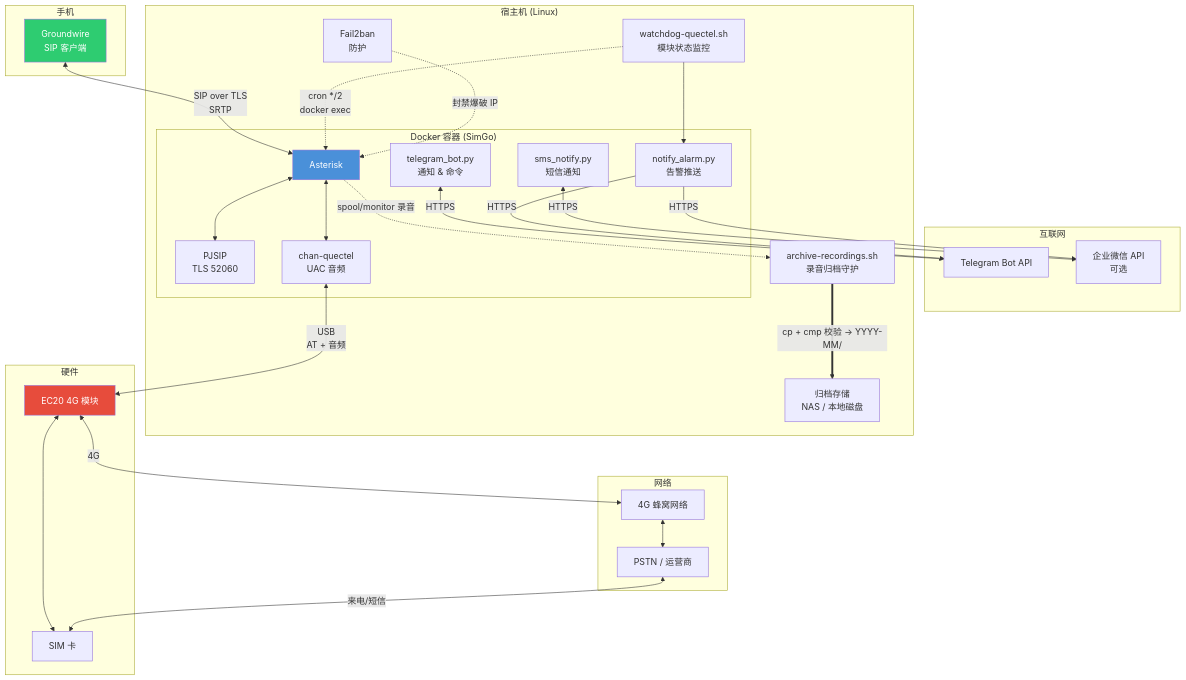
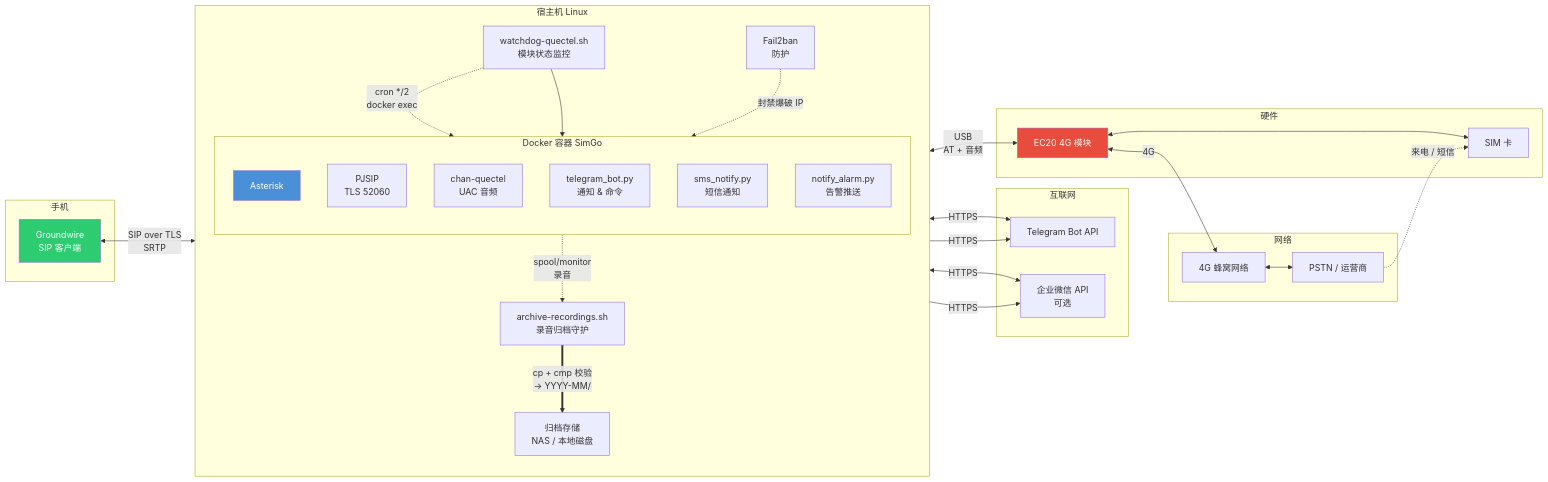
Before and after one commit to myleo1/SimGo: the diagram in README.md, drawn with Mermaid. The commit also changed other lines of this file and 1 other file, not shown here.

Commit message:
docs: refresh README architecture, watchdog rationale, structure, image tag
- Rework the Mermaid architecture diagram from graph TB to graph LR with
  per-cluster direction, cutting down crossed/overlapping edges (CN + EN)
- Watchdog "why" and FAQ: drop the "operators without 2G (China Unicom)"
  explanation for `GSM not registered`; attribute it to weak signal /
  re-camping fluctuation with brief GSM-domain unregistration, and advise
  improving antenna placement / coverage when it fires frequently (CN + EN)
- Project structure: remove the non-existent fail2ban/ tree (setup.sh writes
  straight into /etc/fail2ban); add start.sh, docs/PROMPT.md and
  docs/PROMPT-WATCHDOG.md, plus setup-generated certs/, duckdns-update.sh,
  and root docker-compose.yml (CN + EN)
- Bump pre-built image pull tag from 1.3 to 1.4.1 (CN + EN)

````diff
--- a/README.md
+++ b/README.md
@@ -55,58 +55,58 @@
 ```mermaid
-graph TB
-    subgraph "手机"
+graph LR
+    subgraph PHONE["手机"]
         GW[Groundwire<br/>SIP 客户端]
     end
 
-    subgraph "互联网"
+    subgraph WEB["互联网"]
         TG[Telegram Bot API]
         WX[企业微信 API<br/>可选]
     end
 
-    subgraph "宿主机 (Linux)"
-        subgraph "Docker 容器 (SimGo)"
+    subgraph HOST["宿主机 Linux"]
+        direction TB
+        subgraph CONT["Docker 容器 SimGo"]
+            direction TB
             AS[Asterisk]
             PS[PJSIP<br/>TLS 52060]
             QC[chan-quectel<br/>UAC 音频]
             BOT[telegram_bot.py<br/>通知 & 命令]
             SMS[sms_notify.py<br/>短信通知]
             NA[notify_alarm.py<br/>告警推送]
         end
         F2B[Fail2ban<br/>防护]
         ARC[archive-recordings.sh<br/>录音归档守护]
         WD[watchdog-quectel.sh<br/>模块状态监控]
         NASD[归档存储<br/>NAS / 本地磁盘]
     end
 
-    subgraph "硬件"
+    subgraph HARD["硬件"]
         EC20[EC20 4G 模块]
         SIM[SIM 卡]
     end
 
-    subgraph "网络"
+    subgraph CELL["网络"]
         4G[4G 蜂窝网络]
         PSTN[PSTN / 运营商]
     end
 
     GW <-->|"SIP over TLS<br/>SRTP"| AS
-    AS <--> PS
-    AS <--> QC
     BOT <-->|"HTTPS"| TG
     SMS <-->|"HTTPS"| WX
-    WD -.->|"cron */2<br/>docker exec"| AS
-    WD --> NA
     NA -->|"HTTPS"| TG
     NA -->|"HTTPS"| WX
     QC <-->|"USB<br/>AT + 音频"| EC20
     EC20 <--> SIM
     EC20 <-->|"4G"| 4G
     4G <--> PSTN
-    PSTN <-->|"来电/短信"| SIM
+    PSTN -.->|"来电 / 短信"| SIM
+    WD -.->|"cron */2<br/>docker exec"| AS
+    WD --> NA
     F2B -.->|"封禁爆破 IP"| AS
-    AS -.->|"spool/monitor 录音"| ARC
-    ARC ==>|"cp + cmp 校验 → YYYY-MM/"| NASD
+    AS -.->|"spool/monitor<br/>录音"| ARC
+    ARC ==>|"cp + cmp 校验<br/>→ YYYY-MM/"| NASD
 
     style AS fill:#4a90d9,color:#fff
     style EC20 fill:#e74c3c,color:#fff
     style GW fill:#2ecc71,color:#fff
 ```
````
